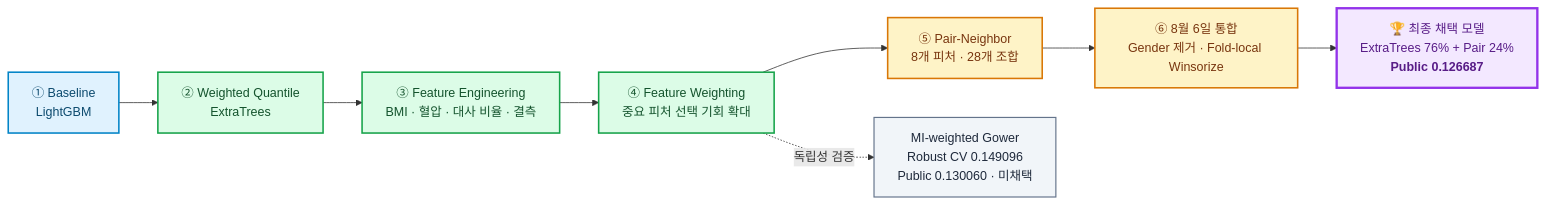
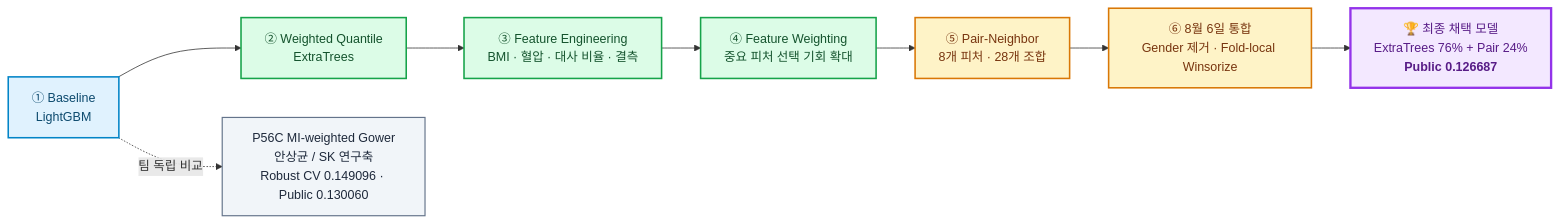
One commit to thisisstress/stress_project_BS changed the first of 2 diagrams in README.md. Above: the diagram before and after it, drawn with Mermaid. The commit also changed other lines of this file, not shown here.

Commit message:
docs: clarify provenance of independent Gower comparison

````diff
--- a/README.md
+++ b/README.md
@@ -24,23 +24,23 @@
 ```mermaid
 flowchart LR
     A["① Baseline<br/>LightGBM"] --> B["② Weighted Quantile<br/>ExtraTrees"]
     B --> C["③ Feature Engineering<br/>BMI · 혈압 · 대사 비율 · 결측"]
     C --> D["④ Feature Weighting<br/>중요 피처 선택 기회 확대"]
     D --> E["⑤ Pair-Neighbor<br/>8개 피처 · 28개 조합"]
     E --> F["⑥ 8월 6일 통합<br/>Gender 제거 · Fold-local Winsorize"]
     F --> G["🏆 최종 채택 모델<br/>ExtraTrees 76% + Pair 24%<br/><b>Public 0.126687</b>"]
 
-    D -. 독립성 검증 .-> H["MI-weighted Gower<br/>Robust CV 0.149096<br/>Public 0.130060 · 미채택"]
+    A -. 팀 독립 비교 .-> H["P56C MI-weighted Gower<br/>안상균 / SK 연구축<br/>Robust CV 0.149096 · Public 0.130060"]
 
     classDef base fill:#E0F2FE,stroke:#0284C7,color:#0C4A6E,stroke-width:2px;
     classDef core fill:#DCFCE7,stroke:#16A34A,color:#14532D,stroke-width:2px;
     classDef hybrid fill:#FEF3C7,stroke:#D97706,color:#78350F,stroke-width:2px;
     classDef final fill:#F3E8FF,stroke:#9333EA,color:#581C87,stroke-width:3px;
     classDef alt fill:#F1F5F9,stroke:#64748B,color:#1E293B,stroke-width:1.5px;
 
     class A base;
     class B,C,D core;
     class E,F hybrid;
     class G final;
     class H alt;
 ```
````
